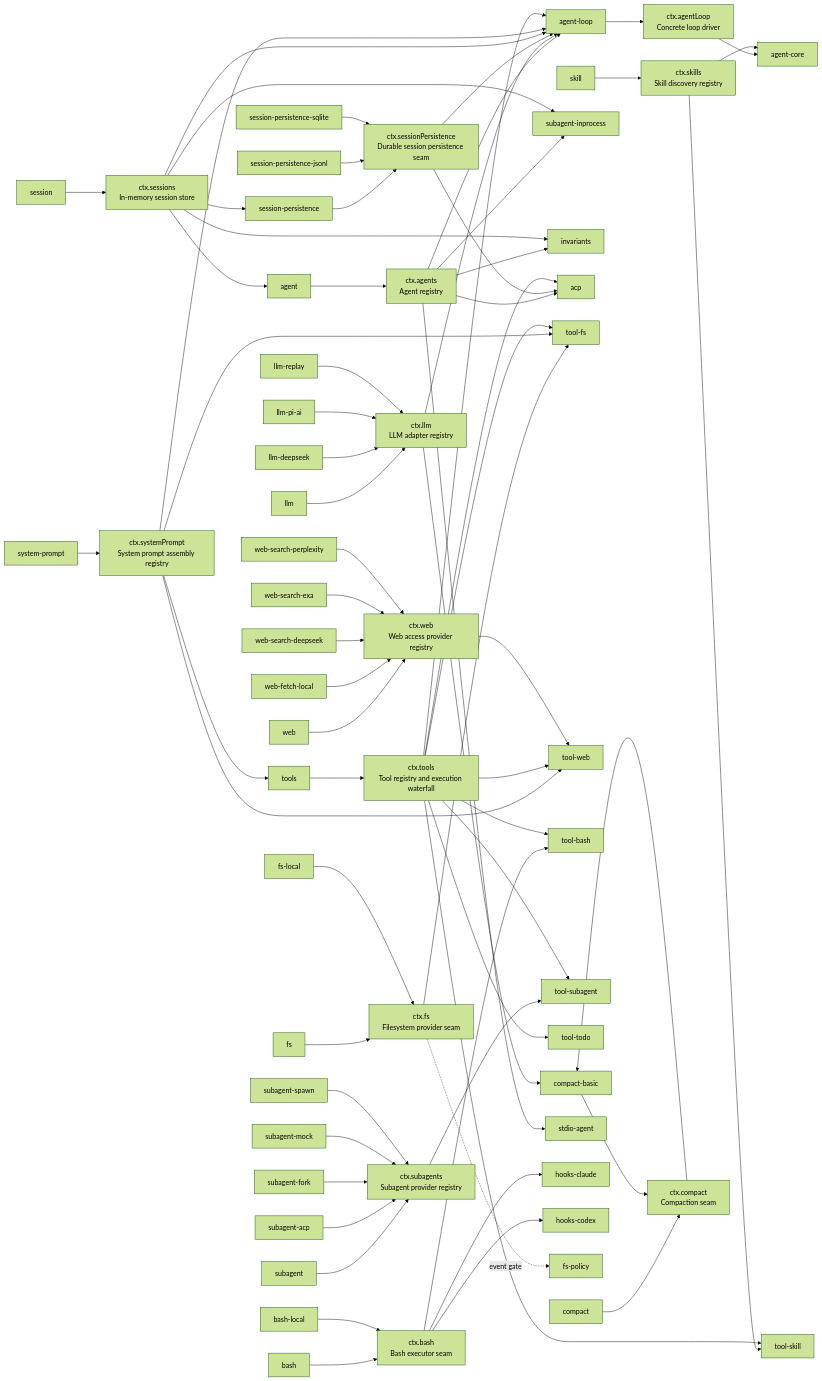
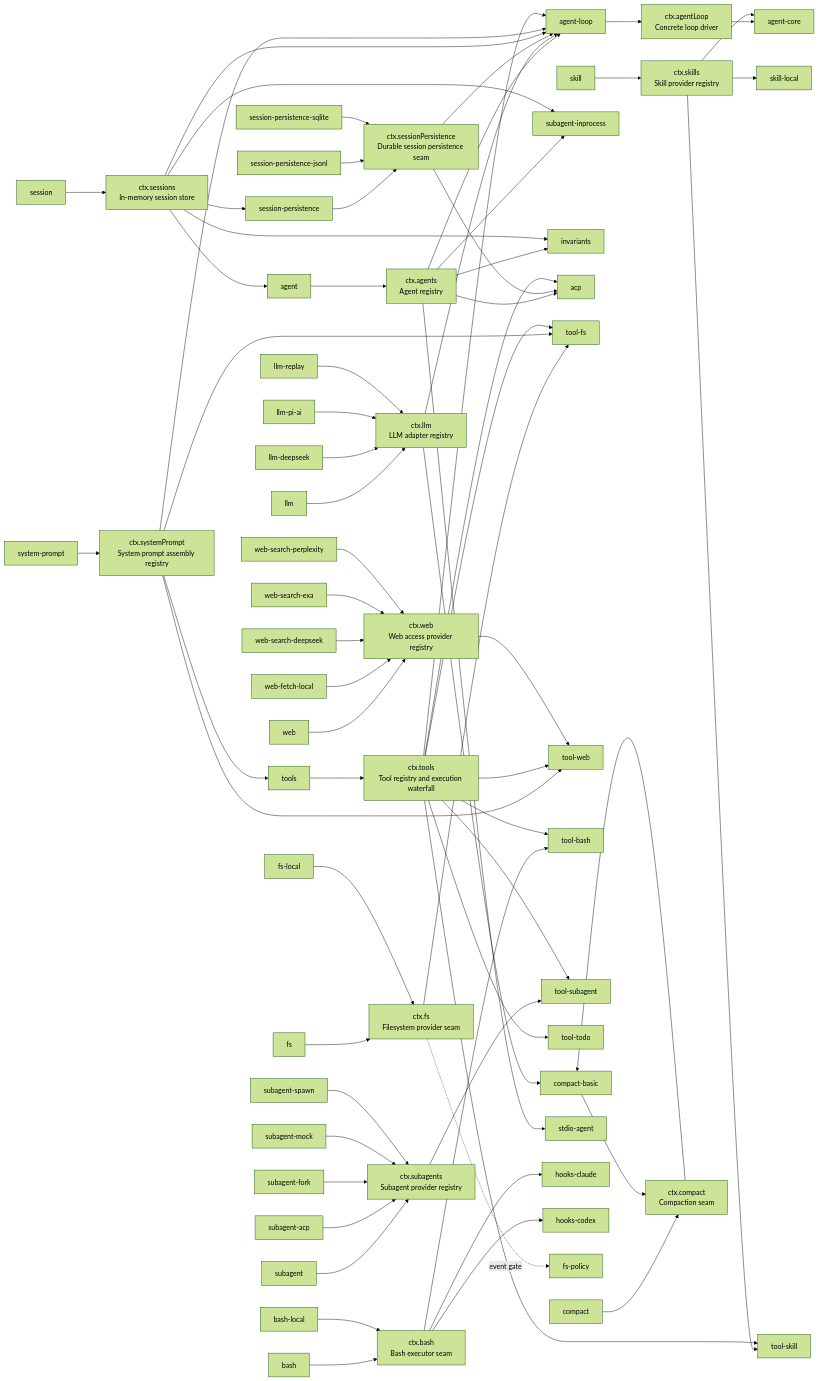
The diagram in docs/capability-seams.md (007M7/DeepCode), drawn with Mermaid (forest theme) before and after one commit. The commit also changed other lines of this file and 74 other files, not shown here.

```diff
--- a/docs/capability-seams.md
+++ b/docs/capability-seams.md
@@ -35,8 +35,9 @@
   pkg_tool_subagent["tool-subagent"]
   pkg_tool_todo["tool-todo"]
   pkg_skill["skill"]
-  svc_skills["ctx.skills<br/>Skill discovery registry"]
+  svc_skills["ctx.skills<br/>Skill provider registry"]
   pkg_agent_core["agent-core"]
+  pkg_skill_local["skill-local"]
   svc_agents["ctx.agents<br/>Agent registry"]
   pkg_stdio_agent["stdio-agent"]
   svc_agentLoop["ctx.agentLoop<br/>Concrete loop driver"]
@@ -113,6 +114,7 @@
   svc_sessions --> pkg_session_persistence
   svc_sessions --> pkg_subagent_inprocess
   svc_skills --> pkg_agent_core
+  svc_skills --> pkg_skill_local
   svc_skills --> pkg_tool_skill
   svc_subagents --> pkg_tool_subagent
   svc_systemPrompt --> pkg_agent_loop
```
